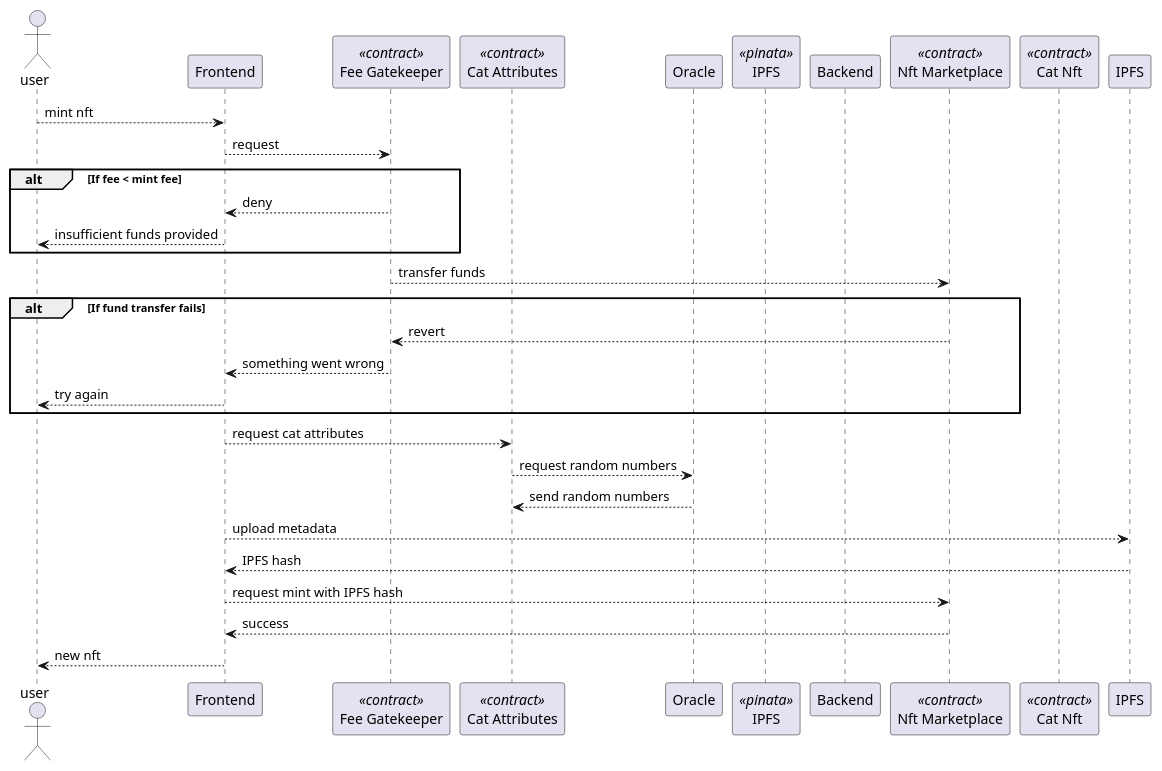
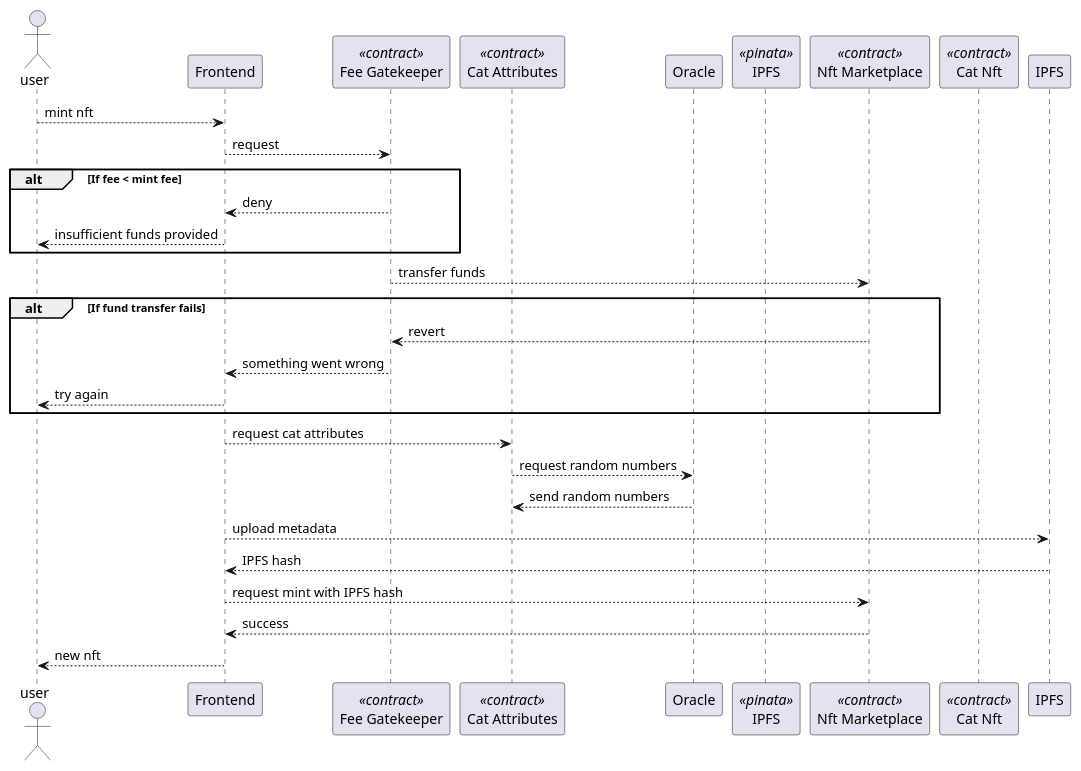
The diagram in docs/frontend_heavy_sequence_diagram.md (tmpoe/soa-nft-marketplace), drawn with PlantUML before and after one commit.

Commit message:
Remove backend participant from frontend heavy doc

````diff
--- a/docs/frontend_heavy_sequence_diagram.md
+++ b/docs/frontend_heavy_sequence_diagram.md
@@ -1,43 +1,42 @@
 ```plantuml
 @startuml
 actor user
 participant Frontend as frontend
 participant "Fee Gatekeeper" as fee_gatekeeper <<contract>>
 participant "Cat Attributes" as cat_attributes <<contract>>
 participant "Oracle" as oracle
 participant "IPFS" as ipfs <<pinata>>
-participant "Backend" as backend
 participant "Nft Marketplace" as nft_marketplace <<contract>>
 participant "Cat Nft" as cat_nft <<contract>>
 
 user --> frontend : mint nft
 frontend --> fee_gatekeeper : request
 
 alt If fee < mint fee
     fee_gatekeeper --> frontend : deny
     frontend --> user : insufficient funds provided
 end
 
 fee_gatekeeper --> nft_marketplace : transfer funds
 
 alt If fund transfer fails
     nft_marketplace --> fee_gatekeeper : revert
     fee_gatekeeper --> frontend : something went wrong
     frontend --> user : try again
 end
 
 frontend --> cat_attributes : request cat attributes
 cat_attributes --> oracle : request random numbers
 oracle --> cat_attributes : send random numbers
 
 frontend --> IPFS : upload metadata
 IPFS --> frontend : IPFS hash
 
 ' No error handling here for now
 frontend --> nft_marketplace : request mint with IPFS hash
 nft_marketplace --> frontend : success
 frontend --> user : new nft
 
 
 @enduml
 ```
````
